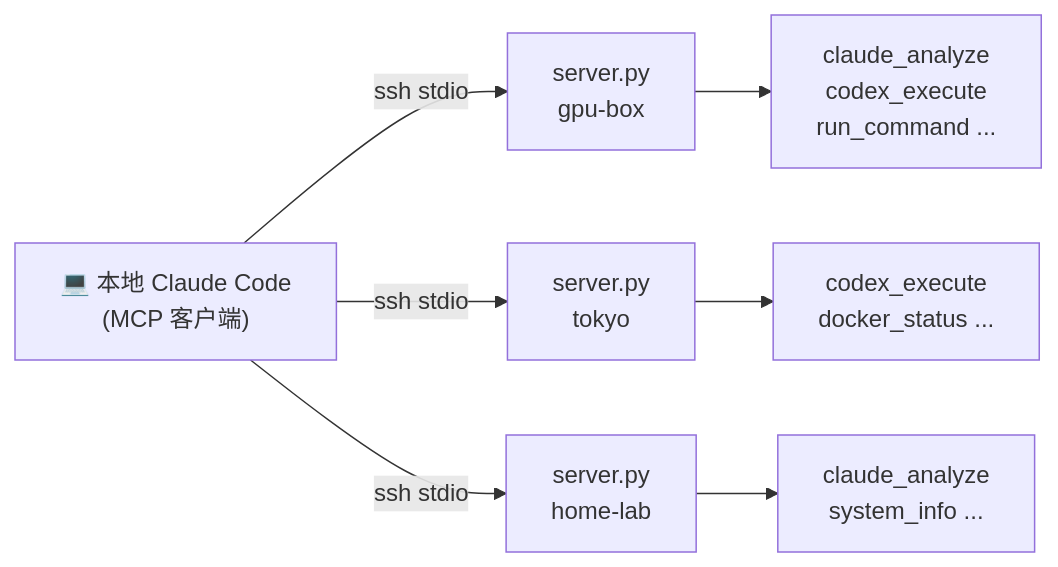
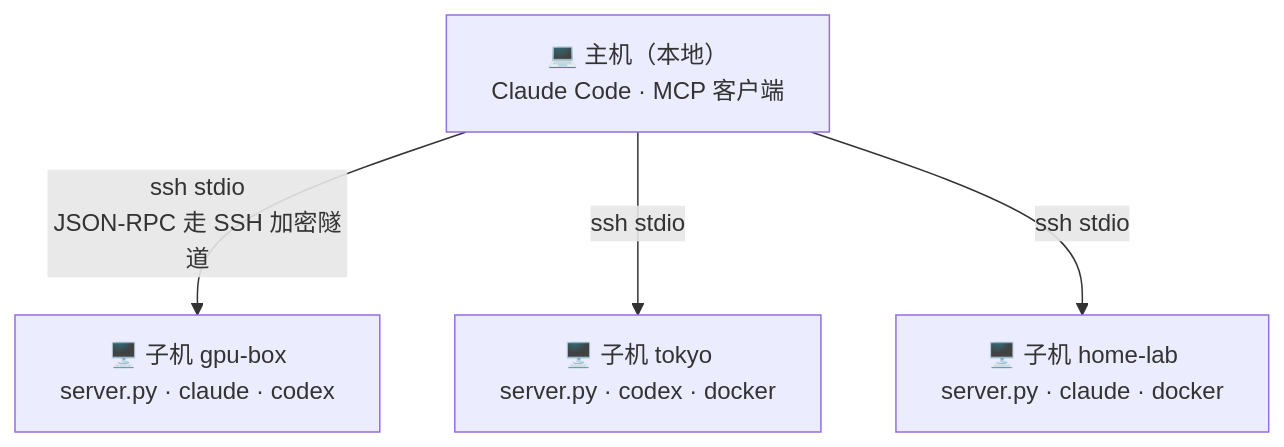
Before and after one commit to hashiruu/infinite-subagent: the first of 5 diagrams in README.md, drawn with Mermaid. The commit also changed other lines of this file and 1 other file, not shown here.

First line of the commit message:
docs: rewrite README — all-mermaid diagrams, host/sub tagging, restructured

````diff
--- a/README.md
+++ b/README.md
@@ -24,10 +25,7 @@
 ```mermaid
-graph LR
-  CC["💻 本地 Claude Code<br/>(MCP 客户端)"]
-  CC -->|ssh stdio| S1["server.py<br/>gpu-box"]
-  CC -->|ssh stdio| S2["server.py<br/>tokyo"]
-  CC -->|ssh stdio| S3["server.py<br/>home-lab"]
-  S1 --> T1["claude_analyze<br/>codex_execute<br/>run_command ..."]
-  S2 --> T2["codex_execute<br/>docker_status ..."]
-  S3 --> T3["claude_analyze<br/>system_info ..."]
+graph TB
+  CC["💻 主机（本地）<br/>Claude Code · MCP 客户端"]
+  CC -->|"ssh stdio<br/>JSON-RPC 走 SSH 加密隧道"| S1["🖥️ 子机 gpu-box<br/>server.py · claude · codex"]
+  CC -->|"ssh stdio"| S2["🖥️ 子机 tokyo<br/>server.py · codex · docker"]
+  CC -->|"ssh stdio"| S3["🖥️ 子机 home-lab<br/>server.py · claude · docker"]
 ```
````
